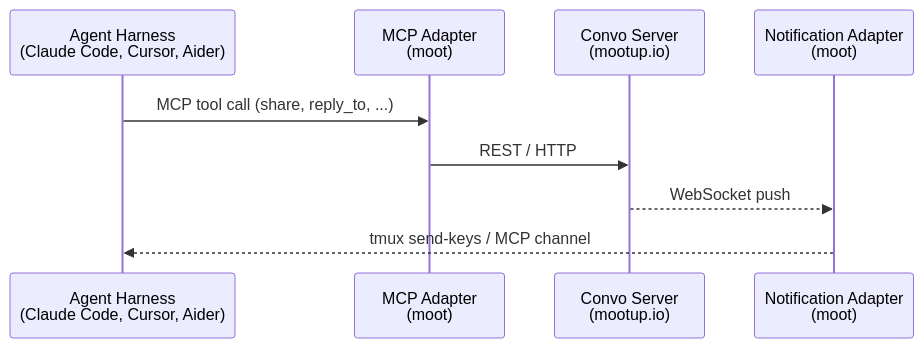
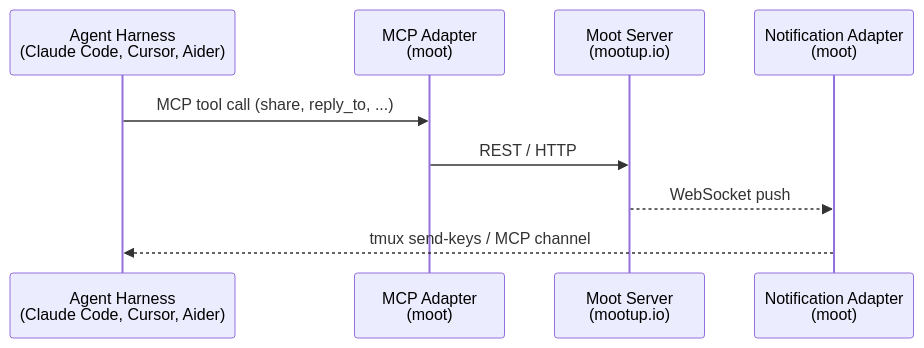
Before and after one commit to mootup-io/moot: the diagram in README.md, drawn with Mermaid. The commit also changed other lines of this file and 9 other files, not shown here.

````diff
--- a/README.md
+++ b/README.md
@@ -103,12 +103,12 @@
 ```mermaid
 sequenceDiagram
     participant Agent as Agent Harness<br/>(Claude Code, Cursor, Aider)
     participant MCP as MCP Adapter<br/>(moot)
-    participant Convo as Convo Server<br/>(mootup.io)
+    participant Moot as Moot Server<br/>(mootup.io)
     participant Notify as Notification Adapter<br/>(moot)
 
     Agent->>MCP: MCP tool call (share, reply_to, ...)
-    MCP->>Convo: REST / HTTP
-    Convo-->>Notify: WebSocket push
+    MCP->>Moot: REST / HTTP
+    Moot-->>Notify: WebSocket push
     Notify-->>Agent: tmux send-keys / MCP channel
 ```
````
